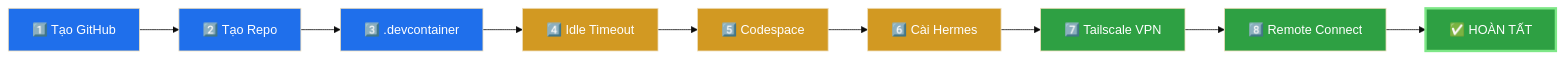
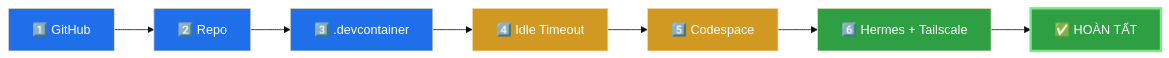
Before and after one commit to skappafrost/codespaces-hermes-server: the second of 3 diagrams in README.md, drawn with Mermaid (base theme). The commit also changed other lines of this file and 23 other files, not shown here.

````diff
--- a/README.md
+++ b/README.md
@@ -99,21 +88,17 @@
 ```mermaid
 flowchart LR
-    P1["1️⃣ Tạo GitHub"] --> P2["2️⃣ Tạo Repo"]
+    P1["1️⃣ GitHub"] --> P2["2️⃣ Repo"]
     P2 --> P3["3️⃣ .devcontainer"]
     P3 --> P4["4️⃣ Idle Timeout"]
     P4 --> P5["5️⃣ Codespace"]
-    P5 --> P6["6️⃣ Cài Hermes"]
-    P6 --> P7["7️⃣ Tailscale VPN"]
-    P7 --> P8["8️⃣ Remote Connect"]
-    P8 --> Done["✅ HOÀN TẤT"]
-    
+    P5 --> P6["6️⃣ Hermes + Tailscale"]
+    P6 --> Done["✅ HOÀN TẤT"]
+
     style P1 fill:#1f6feb,color:#fff
     style P2 fill:#1f6feb,color:#fff
     style P3 fill:#1f6feb,color:#fff
     style P4 fill:#d29922,color:#fff
     style P5 fill:#d29922,color:#fff
-    style P6 fill:#d29922,color:#fff
-    style P7 fill:#2ea043,color:#fff
-    style P8 fill:#2ea043,color:#fff
+    style P6 fill:#2ea043,color:#fff
     style Done fill:#2ea043,color:#fff,stroke:#7ee787,stroke-width:3px
 ```
````
